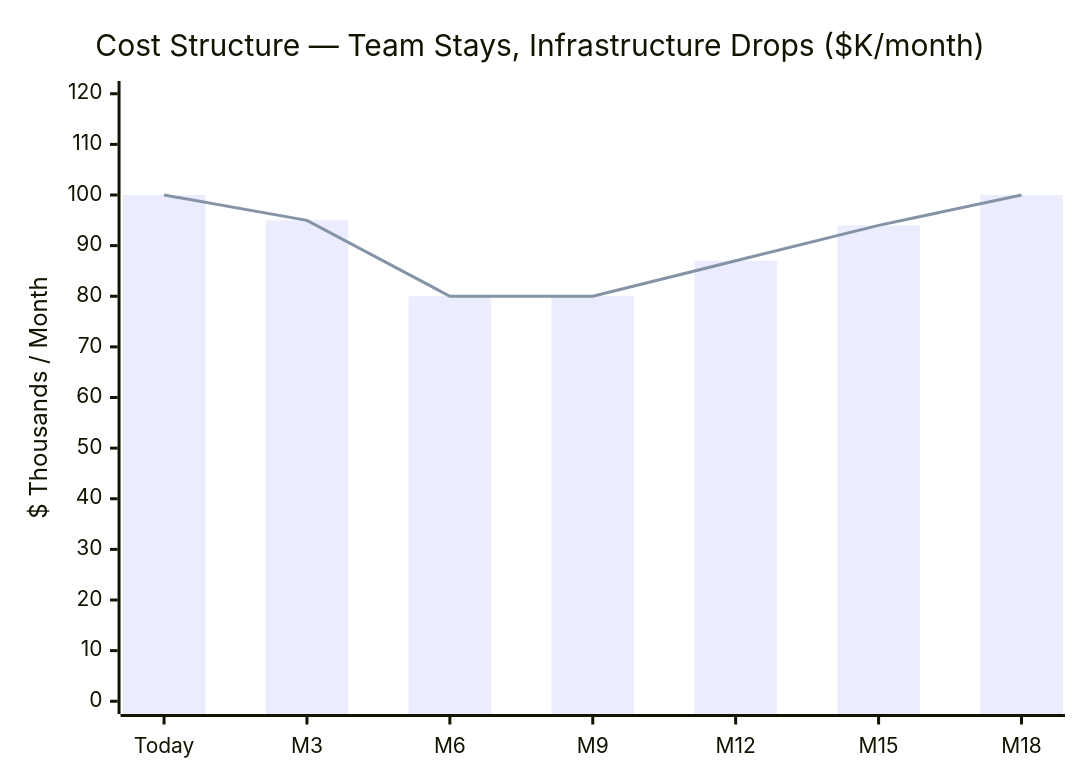
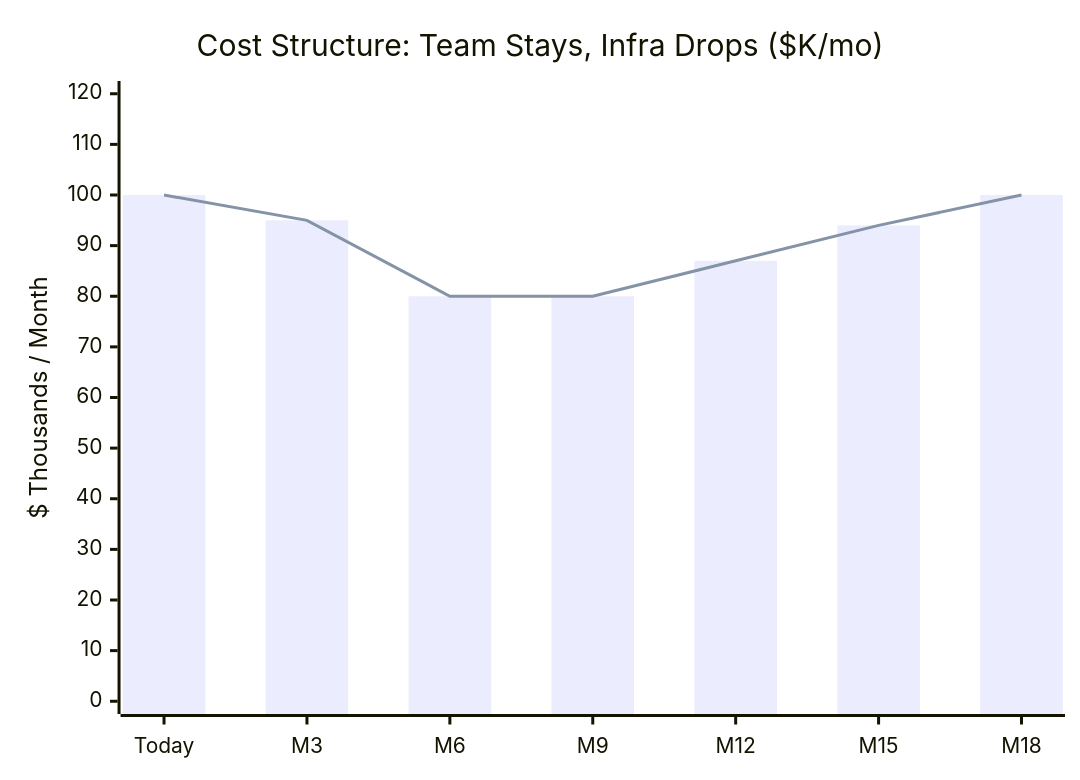
The fourth of 7 diagrams in legal-vault/proposals/influex-strategic-partnership-2026-02-22.md (Light-Brands/qie), drawn with Mermaid before and after one commit. The commit also changed other lines of this file, not shown here.

First line of the commit message:
Remove all dashes and em dashes, shorten Mermaid diagram text

````diff
--- a/legal-vault/proposals/influex-strategic-partnership-2026-02-22.md
+++ b/legal-vault/proposals/influex-strategic-partnership-2026-02-22.md
@@ -210,8 +210,8 @@
 ```mermaid
 xychart-beta
-  title "Cost Structure — Team Stays, Infrastructure Drops ($K/month)"
+  title "Cost Structure: Team Stays, Infra Drops ($K/mo)"
   x-axis ["Today", "M3", "M6", "M9", "M12", "M15", "M18"]
   y-axis "$ Thousands / Month" 0 --> 120
   bar [100, 95, 80, 80, 87, 94, 100]
   line [100, 95, 80, 80, 87, 94, 100]
 ```
````
